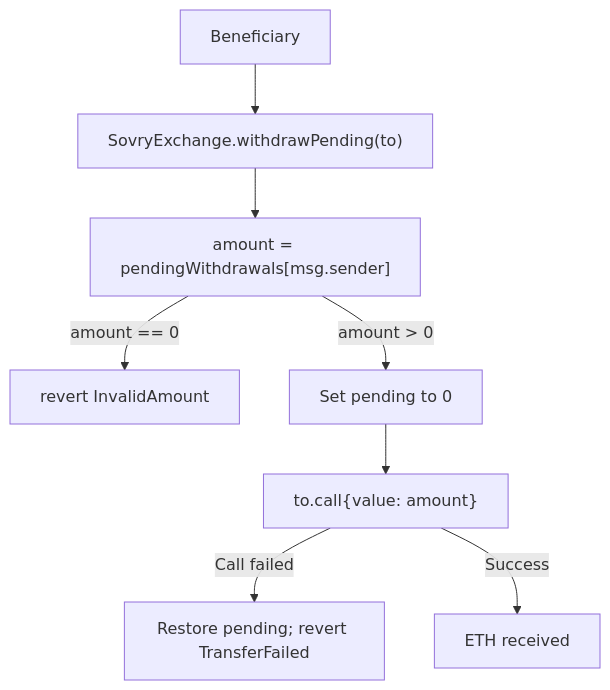
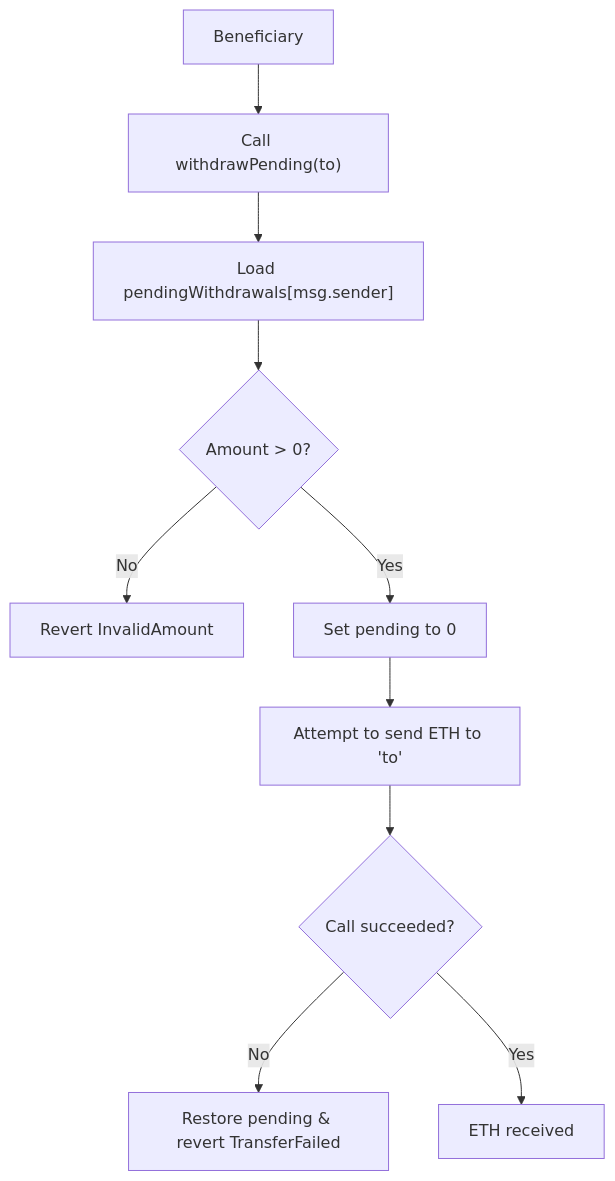
Before and after one commit to E1eng/Sovry: the seventh of 7 diagrams in docs/contracts-flow.md, drawn with Mermaid. The commit also changed other lines of this file, not shown here.

````diff
--- a/docs/contracts-flow.md
+++ b/docs/contracts-flow.md
@@ -96,10 +106,12 @@
 ```mermaid
 graph TD;
-    B["Beneficiary"] --> WP["SovryExchange.withdrawPending(to)"];
-    WP --> READ["amount = pendingWithdrawals[msg.sender]"];
-    READ -->|amount == 0| REVERT["revert InvalidAmount"];
-    READ -->|amount > 0| ZERO["Set pending to 0"];
-    ZERO --> CALL["to.call{value: amount}"];
-    CALL -->|Call failed| RESTORE["Restore pending; revert TransferFailed"];
-    CALL -->|Success| DONE["ETH received"];
+    B["Beneficiary"] --> WP["Call withdrawPending(to)"];
+    WP --> READ["Load pendingWithdrawals[msg.sender]"];
+    READ --> DECIDE_PENDING{"Amount > 0?"};
+    DECIDE_PENDING -->|No| REVERT["Revert InvalidAmount"];
+    DECIDE_PENDING -->|Yes| ZERO["Set pending to 0"];
+    ZERO --> CALL["Attempt to send ETH to 'to'"];
+    CALL --> DECIDE_CALL{"Call succeeded?"};
+    DECIDE_CALL -->|No| RESTORE["Restore pending & revert TransferFailed"];
+    DECIDE_CALL -->|Yes| DONE["ETH received"];
 ```
````
